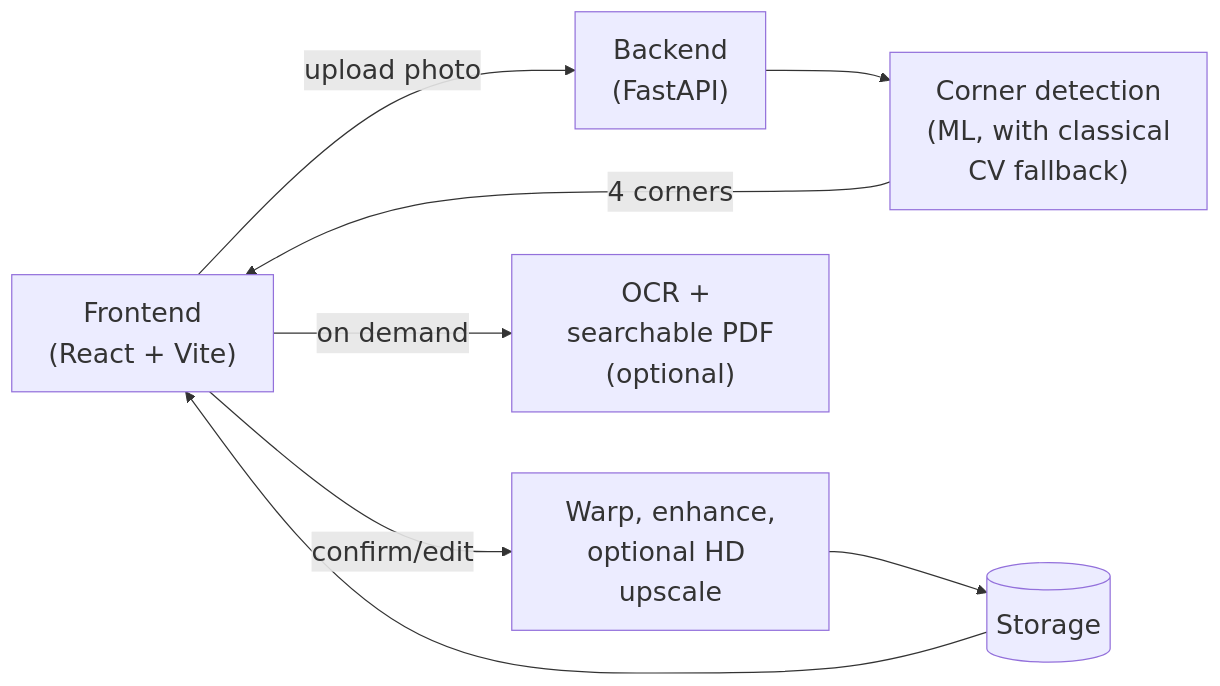
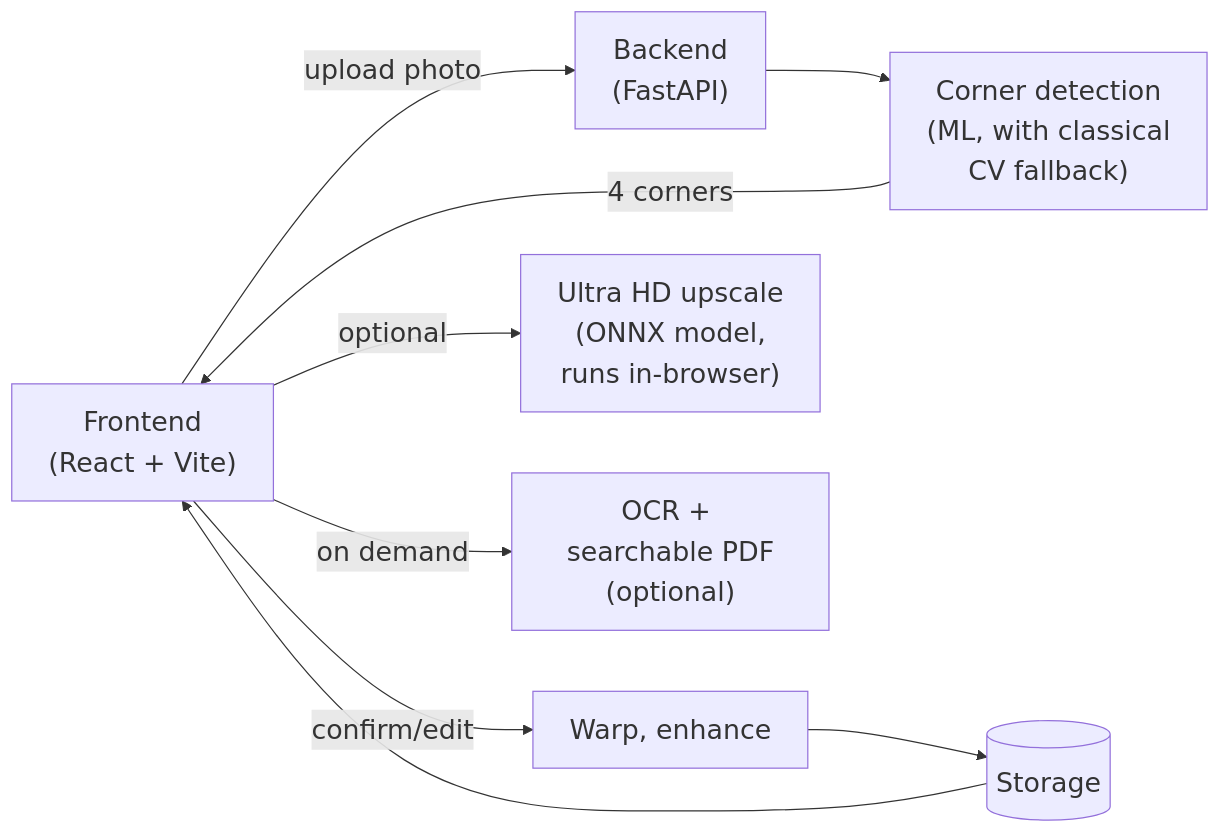
The diagram in README.md (muradshvv/scandeck), drawn with Mermaid before and after one commit. The commit also changed other lines of this file and 16 other files, not shown here.

First line of the commit message:
Move Ultra HD upscale to the browser, off Render entirely

````diff
--- a/README.md
+++ b/README.md
@@ -13,16 +13,18 @@
 ```mermaid
 %%{init: {'themeVariables': {'fontSize': '22px'}}}%%
 flowchart LR
     Client["Frontend\n(React + Vite)"]
     Server["Backend\n(FastAPI)"]
     Corners["Corner detection\n(ML, with classical\nCV fallback)"]
-    Process["Warp, enhance,\noptional HD upscale"]
+    Process["Warp, enhance"]
+    AI["Ultra HD upscale\n(ONNX model,\nruns in-browser)"]
     OCR["OCR + searchable PDF\n(optional)"]
     Storage[("Storage")]
 
     Client -- "upload photo" --> Server
     Server --> Corners -- "4 corners" --> Client
     Client -- "confirm/edit" --> Process
     Process --> Storage --> Client
+    Client -- "optional" --> AI
     Client -- "on demand" --> OCR
 ```
````
